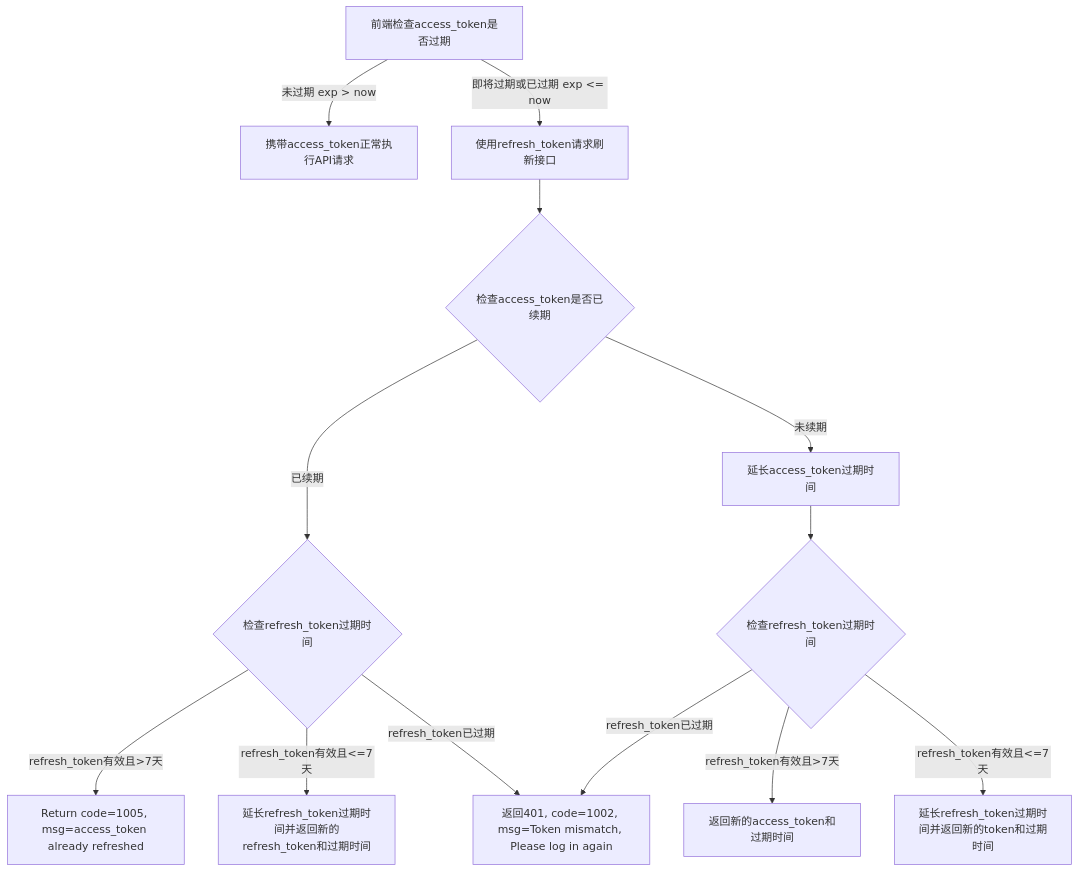
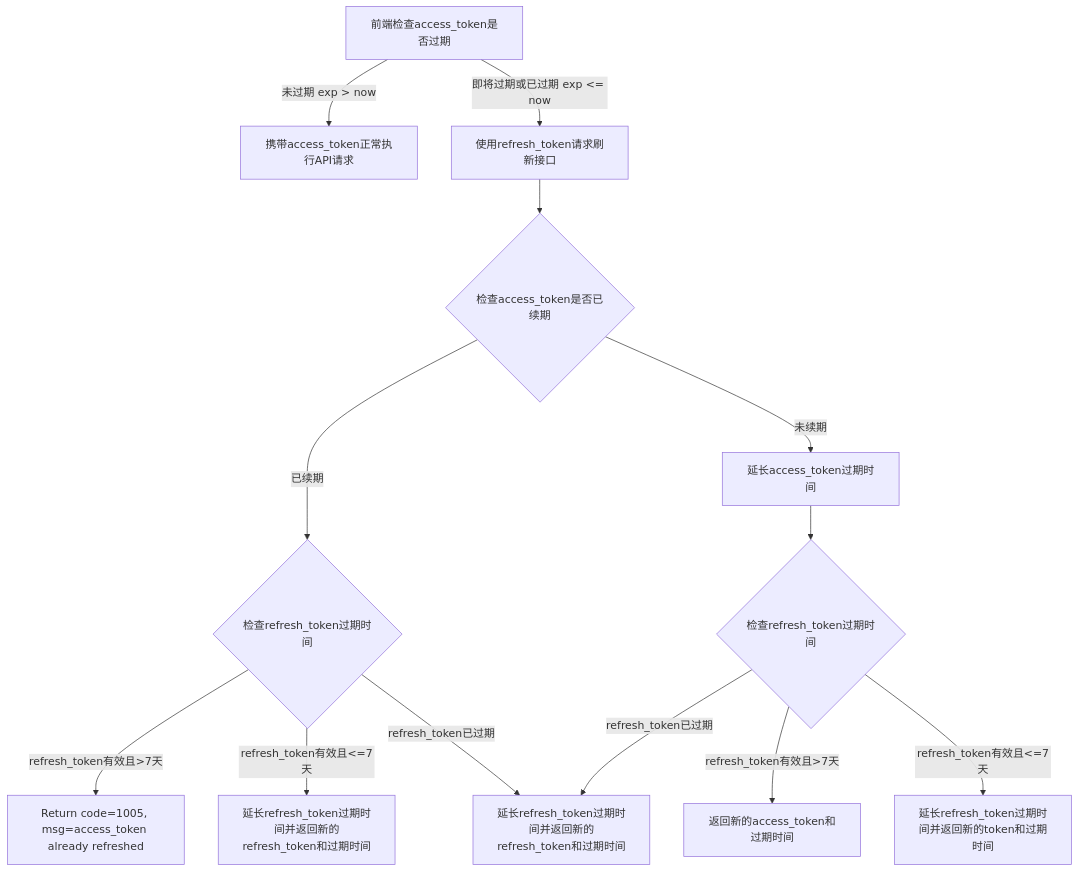
Before and after one commit to yingjianzh/iodraw-files: the diagram in all/未命名-19.md, drawn with Mermaid.

Commit message:
2025-01-09 09:27:22 update

````diff
--- a/all/未命名-19.md
+++ b/all/未命名-19.md
@@ -1,17 +1,17 @@
 ```mermaid
 flowchart TD
     A[前端检查access_token是否过期] 
     A -->|未过期 exp > now| B[携带access_token正常执行API请求]
     A -->|即将过期或已过期 exp <= now| C[使用refresh_token请求刷新接口]
     C --> D{检查access_token是否已续期}
     D -->|已续期| E{检查refresh_token过期时间}
     D -->|未续期| F[延长access_token过期时间]
     E -->|refresh_token有效且>7天| G[Return code=1005, msg=access_token already refreshed]
     E -->|refresh_token有效且<=7天| H[延长refresh_token过期时间并返回新的refresh_token和过期时间]
-    E -->|refresh_token已过期| I[返回401, code=1002, msg=Token mismatch, Please log in again]
+    E -->|refresh_token已过期| I[延长refresh_token过期时间并返回新的refresh_token和过期时间]
     F --> J{检查refresh_token过期时间}
     J -->|refresh_token有效且>7天| K[返回新的access_token和过期时间]
     J -->|refresh_token有效且<=7天| L[延长refresh_token过期时间并返回新的token和过期时间]
     J -->|refresh_token已过期| I
 
 ```
````
